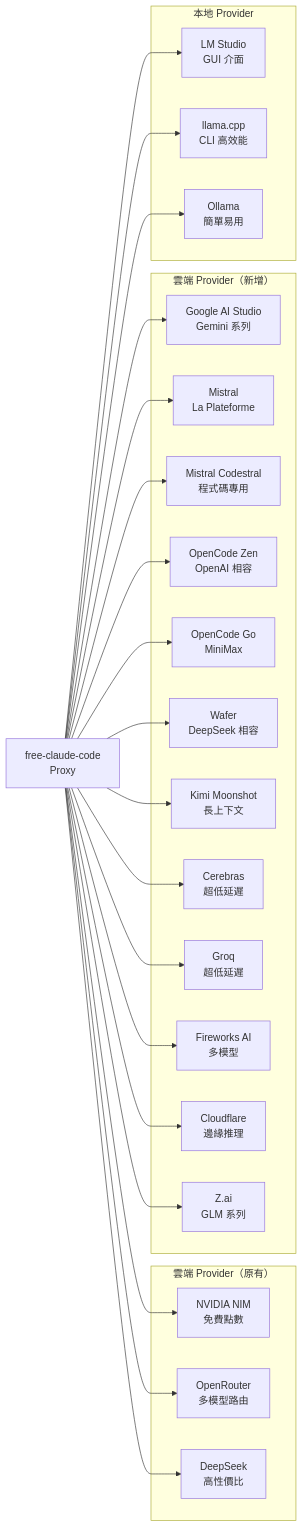
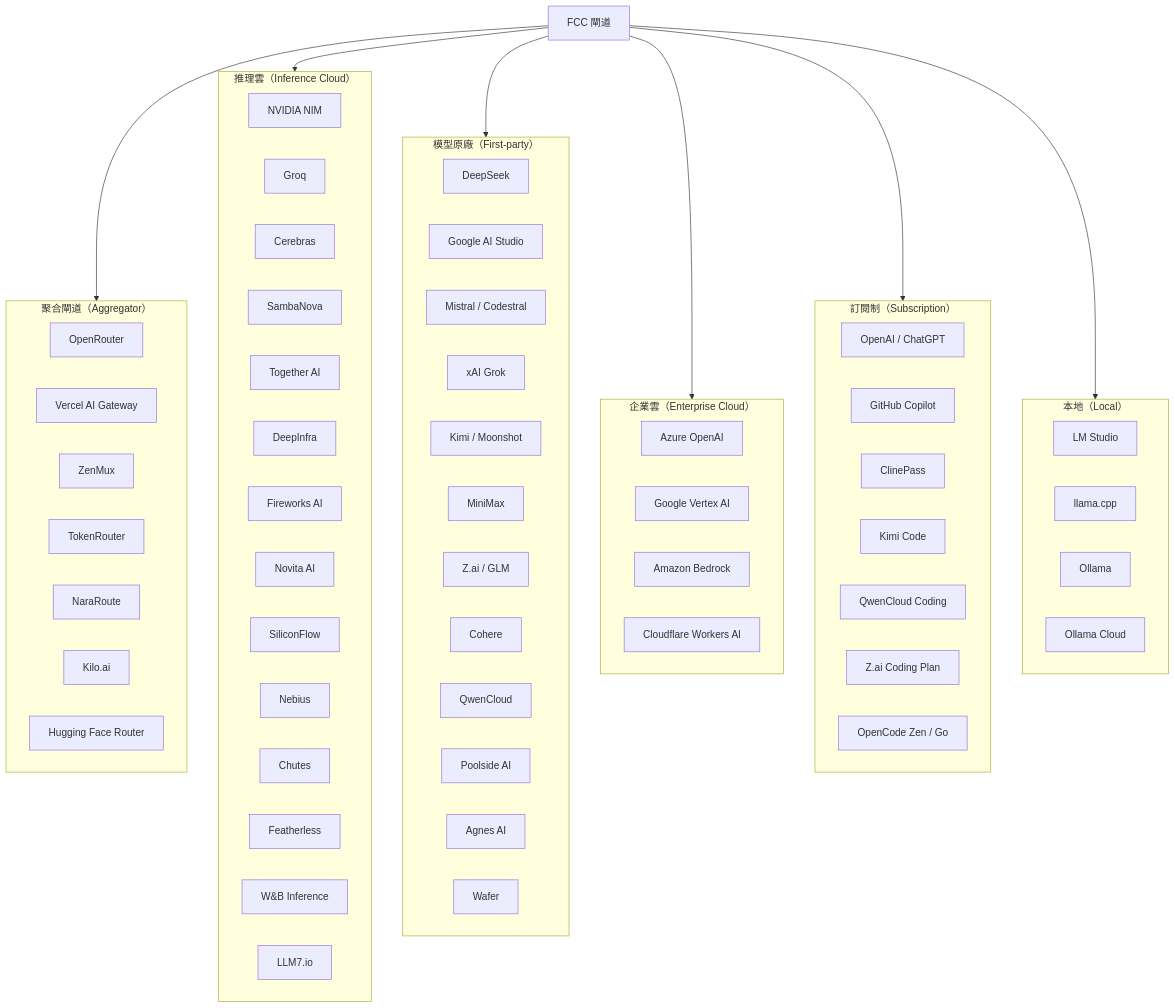
Before and after one commit to chihhung/Blog: the ninth of 27 diagrams in content/posts/教學/AI開發/free-claude-code 教學手冊.md, drawn with Mermaid. The commit also changed other lines of this file and 1 other file, not shown here.

````diff
--- a/content/posts/教學/AI開發/free-claude-code 教學手冊.md
+++ b/content/posts/教學/AI開發/free-claude-code 教學手冊.md
@@ -766,50 +1282,77 @@
 ```mermaid
-graph LR
-    FCC[free-claude-code<br/>Proxy]
+graph TB
+    FCC[FCC 閘道]
 
-    subgraph "雲端 Provider（原有）"
-        NIM[NVIDIA NIM<br/>免費點數]
-        OR[OpenRouter<br/>多模型路由]
-        DS[DeepSeek<br/>高性價比]
+    subgraph G1["聚合閘道（Aggregator）"]
+        A1[OpenRouter]
+        A2[Vercel AI Gateway]
+        A3[ZenMux]
+        A4[TokenRouter]
+        A5[NaraRoute]
+        A6[Kilo.ai]
+        A7[Hugging Face Router]
     end
 
-    subgraph "雲端 Provider（新增）"
-        GEM[Google AI Studio<br/>Gemini 系列]
-        MST[Mistral<br/>La Plateforme]
-        CST[Mistral Codestral<br/>程式碼專用]
-        OZN[OpenCode Zen<br/>OpenAI 相容]
-        OGO[OpenCode Go<br/>MiniMax]
-        WAF[Wafer<br/>DeepSeek 相容]
-        KIM[Kimi Moonshot<br/>長上下文]
-        CER[Cerebras<br/>超低延遲]
-        GRQ[Groq<br/>超低延遲]
-        FWK[Fireworks AI<br/>多模型]
-        CLF[Cloudflare<br/>邊緣推理]
-        ZAI[Z.ai<br/>GLM 系列]
+    subgraph G2["推理雲（Inference Cloud）"]
+        B1[NVIDIA NIM]
+        B2[Groq]
+        B3[Cerebras]
+        B4[SambaNova]
+        B5[Together AI]
+        B6[DeepInfra]
+        B7[Fireworks AI]
+        B8[Novita AI]
+        B9[SiliconFlow]
+        B10[Nebius]
+        B11[Chutes]
+        B12[Featherless]
+        B13[W&B Inference]
+        B14[LLM7.io]
     end
 
-    subgraph "本地 Provider"
-        LMS[LM Studio<br/>GUI 介面]
-        LC[llama.cpp<br/>CLI 高效能]
-        OL[Ollama<br/>簡單易用]
+    subgraph G3["模型原廠（First-party）"]
+        C1[DeepSeek]
+        C2[Google AI Studio]
+        C3[Mistral / Codestral]
+        C4[xAI Grok]
+        C5[Kimi / Moonshot]
+        C6[MiniMax]
+        C7[Z.ai / GLM]
+        C8[Cohere]
+        C9[QwenCloud]
+        C10[Poolside AI]
+        C11[Agnes AI]
+        C12[Wafer]
     end
 
-    FCC --> NIM
-    FCC --> OR
-    FCC --> DS
-    FCC --> GEM
-    FCC --> MST
-    FCC --> CST
-    FCC --> OZN
-    FCC --> OGO
-    FCC --> WAF
-    FCC --> KIM
-    FCC --> CER
-    FCC --> GRQ
-    FCC --> FWK
-    FCC --> CLF
-    FCC --> ZAI
-    FCC --> LMS
-    FCC --> LC
-    FCC --> OL
+    subgraph G4["企業雲（Enterprise Cloud）"]
+        D1[Azure OpenAI]
+        D2[Google Vertex AI]
+        D3[Amazon Bedrock]
+        D4[Cloudflare Workers AI]
+    end
+
+    subgraph G5["訂閱制（Subscription）"]
+        E1[OpenAI / ChatGPT]
+        E2[GitHub Copilot]
+        E3[ClinePass]
+        E4[Kimi Code]
+        E5[QwenCloud Coding]
+        E6[Z.ai Coding Plan]
+        E7[OpenCode Zen / Go]
+    end
+
+    subgraph G6["本地（Local）"]
+        F1[LM Studio]
+        F2[llama.cpp]
+        F3[Ollama]
+        F4[Ollama Cloud]
+    end
+
+    FCC --> G1
+    FCC --> G2
+    FCC --> G3
+    FCC --> G4
+    FCC --> G5
+    FCC --> G6
 ```
````
